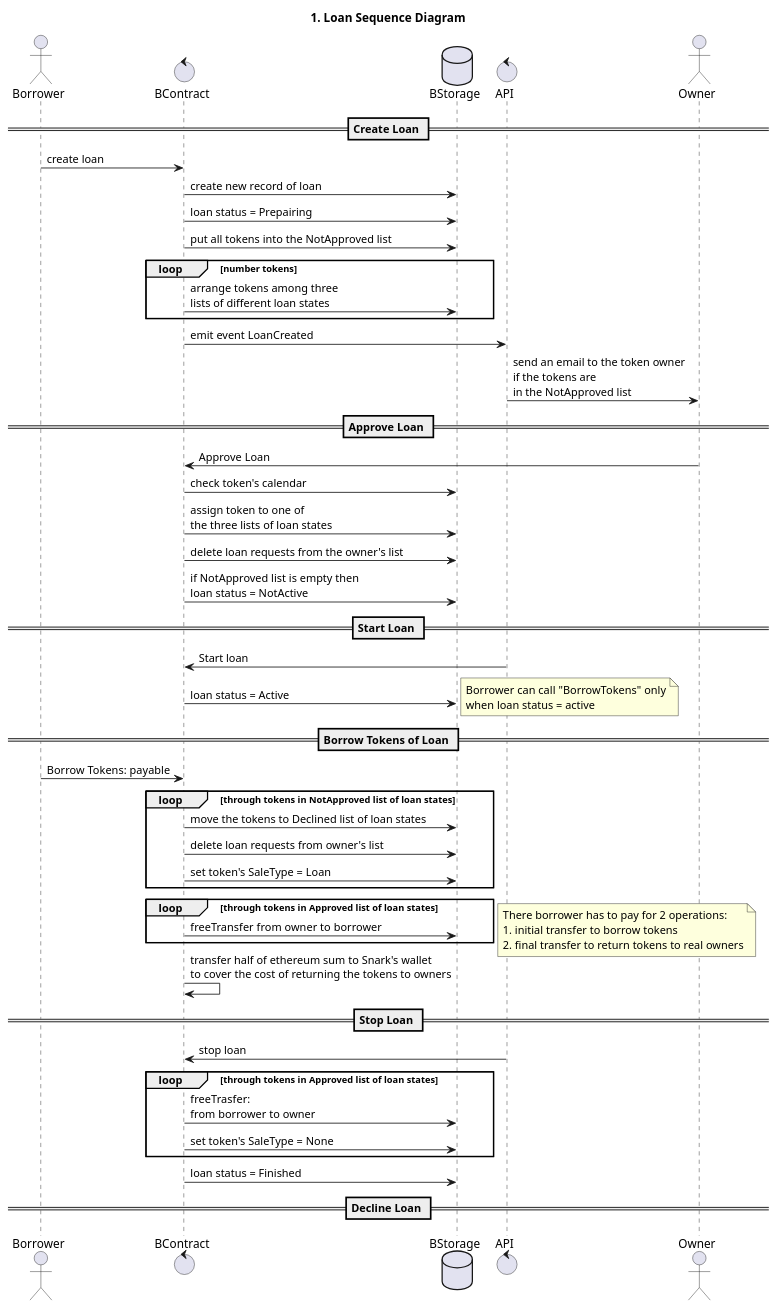
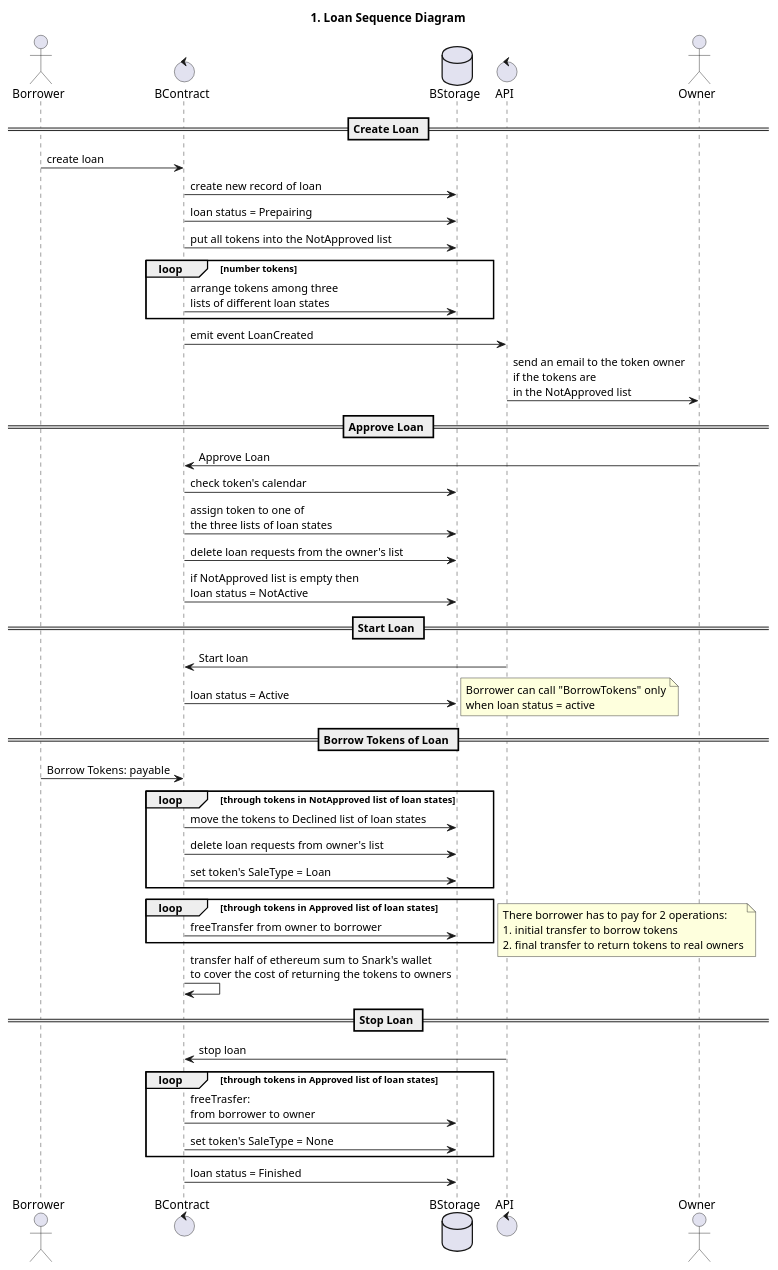
The diagram in diagrams/src/1. Sequence - Loan Creation.wsd (snarkdotart/snarkcontract), drawn with PlantUML before and after one commit. The commit also changed 1 other file, not shown here.

Commit message:
Update diagrams

```diff
--- a/diagrams/src/1. Sequence - Loan Creation.wsd
+++ b/diagrams/src/1. Sequence - Loan Creation.wsd
@@ -1,74 +1,70 @@
 @startuml
 
 title 1. Loan Sequence Diagram
 
 actor Borrower
 control BContract
 database BStorage
 control API
 actor Owner
 
 == Create Loan ==
 
 Borrower -> BContract: create loan
 BContract -> BStorage: create new record of loan
 BContract -> BStorage: loan status = Prepairing
 BContract -> BStorage: put all tokens into the NotApproved list
 
 loop number tokens
   BContract -> BStorage: arrange tokens among three\nlists of different loan states
 end
 
 BContract -> API: emit event LoanCreated
 API -> Owner: send an email to the token owner\nif the tokens are\nin the NotApproved list
 
 == Approve Loan ==
 
 Owner -> BContract: Approve Loan
 BContract -> BStorage: check token's calendar
 BContract -> BStorage: assign token to one of\nthe three lists of loan states
 BContract -> BStorage: delete loan requests from the owner's list
 BContract -> BStorage: if NotApproved list is empty then\nloan status = NotActive
 
 == Start Loan ==
 
 API -> BContract: Start loan
 BContract -> BStorage: loan status = Active
 note right
   Borrower can call "BorrowTokens" only
   when loan status = active
 end note 
 
 
 == Borrow Tokens of Loan ==
 
 Borrower -> BContract: Borrow Tokens: payable
 loop through tokens in NotApproved list of loan states
   BContract -> BStorage: move the tokens to Declined list of loan states
   BContract -> BStorage: delete loan requests from owner's list
   BContract -> BStorage: set token's SaleType = Loan
 end
 loop through tokens in Approved list of loan states
   BContract -> BStorage: freeTransfer from owner to borrower 
 end
 note right
   There borrower has to pay for 2 operations:
   1. initial transfer to borrow tokens
   2. final transfer to return tokens to real owners
 end note
 BContract -> BContract: transfer half of ethereum sum to Snark's wallet\nto cover the cost of returning the tokens to owners
 
 == Stop Loan ==
 
 API -> BContract: stop loan
 loop through tokens in Approved list of loan states
   BContract -> BStorage: freeTrasfer: \nfrom borrower to owner
   BContract -> BStorage: set token's SaleType = None
 end
 BContract -> BStorage: loan status = Finished
 
-== Decline Loan ==
-
-
-
 @enduml
```
